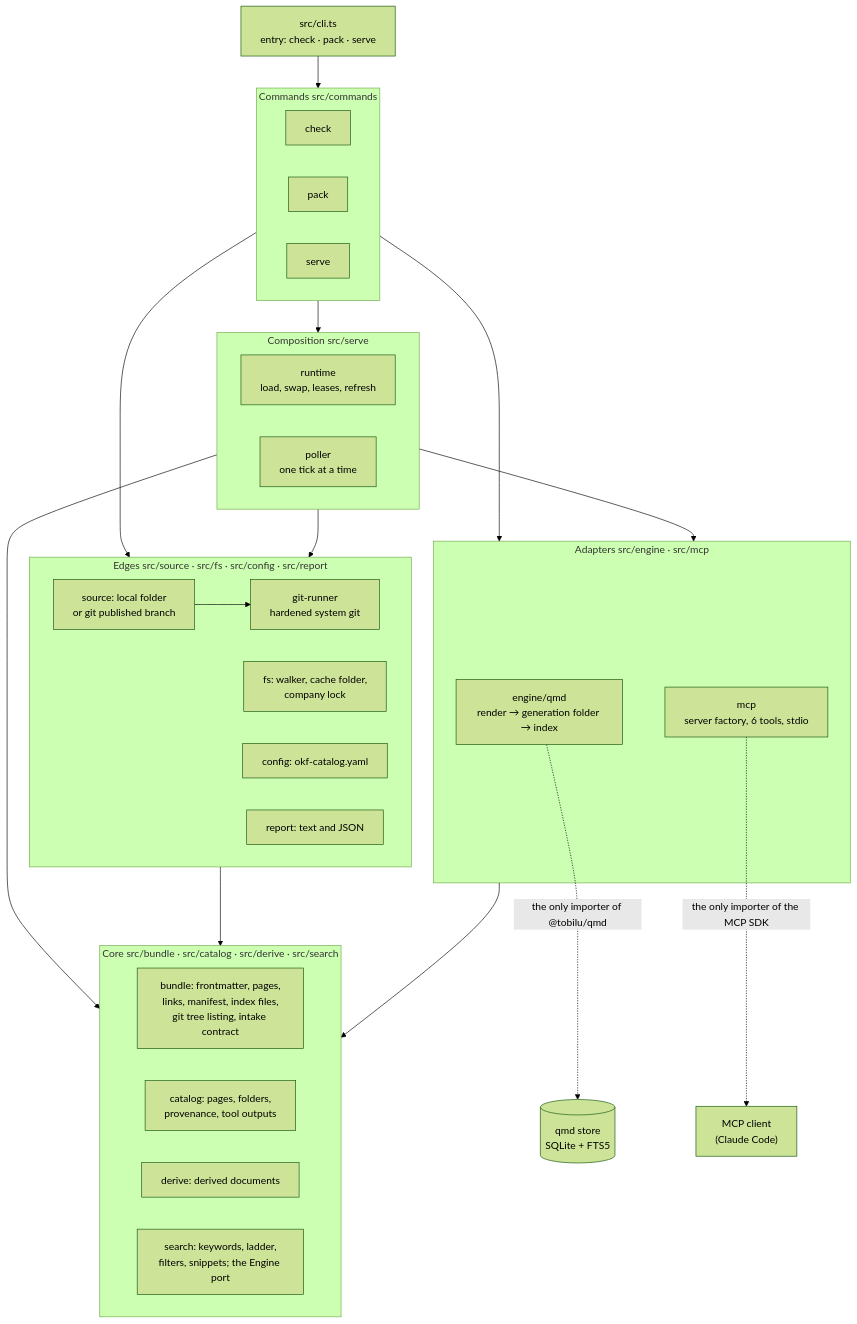
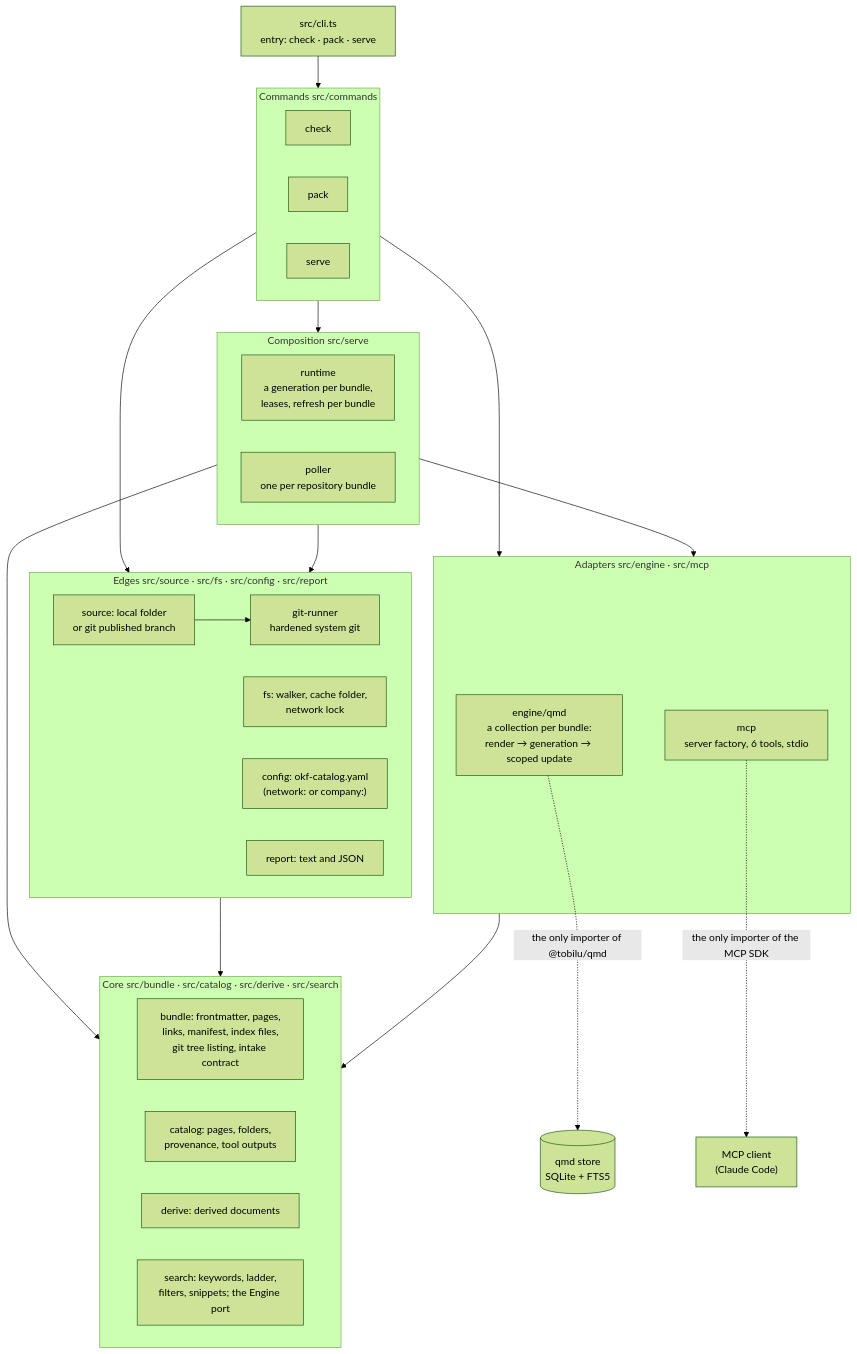
The first of 3 diagrams in docs/architecture.md (drathm/okf-catalog), drawn with Mermaid (forest theme) before and after one commit. The commit also changed other lines of this file and 4 other files, not shown here.

First line of the commit message:
docs: the network in the record, the intent, the architecture and the readme

````diff
--- a/docs/architecture.md
+++ b/docs/architecture.md
@@ -9,42 +9,42 @@
 ```mermaid
 flowchart TB
   cli["src/cli.ts<br/>entry: check · pack · serve"]
   subgraph commands["Commands  src/commands"]
     check["check"]
     pack["pack"]
     serve["serve"]
   end
   subgraph composition["Composition  src/serve"]
-    runtime["runtime<br/>load, swap, leases, refresh"]
-    poller["poller<br/>one tick at a time"]
+    runtime["runtime<br/>a generation per bundle,<br/>leases, refresh per bundle"]
+    poller["poller<br/>one per repository bundle"]
   end
   subgraph edges["Edges  src/source · src/fs · src/config · src/report"]
     source["source: local folder<br/>or git published branch"]
     gitrunner["git-runner<br/>hardened system git"]
-    fs["fs: walker, cache folder,<br/>company lock"]
-    config["config: okf-catalog.yaml"]
+    fs["fs: walker, cache folder,<br/>network lock"]
+    config["config: okf-catalog.yaml<br/>(network: or company:)"]
     report["report: text and JSON"]
   end
   subgraph adapters["Adapters  src/engine · src/mcp"]
-    engine["engine/qmd<br/>render → generation folder → index"]
+    engine["engine/qmd<br/>a collection per bundle:<br/>render → generation → scoped update"]
     mcp["mcp<br/>server factory, 6 tools, stdio"]
   end
   subgraph core["Core  src/bundle · src/catalog · src/derive · src/search"]
     bundle["bundle: frontmatter, pages,<br/>links, manifest, index files,<br/>git tree listing, intake contract"]
     catalog["catalog: pages, folders,<br/>provenance, tool outputs"]
     derive["derive: derived documents"]
     search["search: keywords, ladder,<br/>filters, snippets; the Engine port"]
   end
   cli --> commands
   commands --> composition
   commands --> edges
   commands --> adapters
   composition --> edges
   composition --> adapters
   composition --> core
   edges --> core
   adapters --> core
   engine -. "the only importer of @tobilu/qmd" .-> qmd[("qmd store<br/>SQLite + FTS5")]
   mcp -. "the only importer of the MCP SDK" .-> client["MCP client<br/>(Claude Code)"]
   source --> gitrunner
 ```
````
